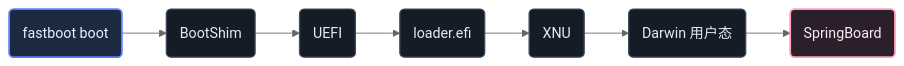
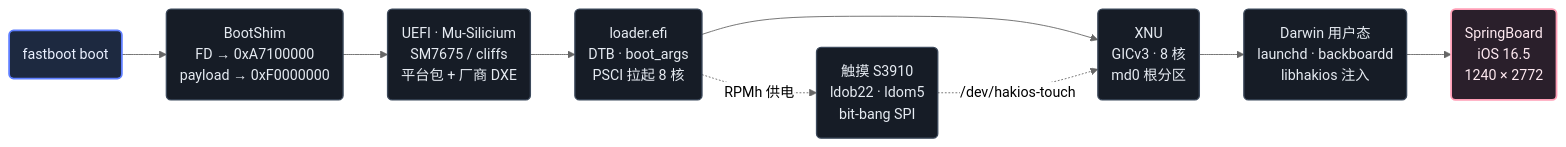
The diagram in src/posts/hakios/ace-3v.md (h465855hgg/h465855hgg.github.io), drawn with Mermaid (neutral theme) before and after one commit. The commit also changed 1 other file, not shown here.

Commit message:
Restore full detail in the boot graph
Bring back the per-stage notes (FD addresses, GIC, md0, launchd) and the
touch power branch, and fit the whole graph into view on load.

````diff
--- a/src/posts/hakios/ace-3v.md
+++ b/src/posts/hakios/ace-3v.md
@@ -47,15 +47,17 @@
 ```mermaid
 flowchart LR
-  F("fastboot boot") --> B("BootShim")
-  B --> U("UEFI")
-  U --> L("loader.efi")
-  L --> X("XNU")
-  X --> D("Darwin 用户态")
-  D --> S("SpringBoard")
+  F("fastboot boot") --> B("BootShim<br/>FD → 0xA7100000<br/>payload → 0xF0000000")
+  B --> U("UEFI · Mu-Silicium<br/>SM7675 / cliffs<br/>平台包 + 厂商 DXE")
+  U --> L("loader.efi<br/>DTB · boot_args<br/>PSCI 拉起 8 核")
+  L --> X("XNU<br/>GICv3 · 8 核<br/>md0 根分区")
+  X --> D("Darwin 用户态<br/>launchd · backboardd<br/>libhakios 注入")
+  D --> S("SpringBoard<br/>iOS 16.5<br/>1240 × 2772")
+  L -.->|RPMh 供电| T("触摸 S3910<br/>ldob22 · ldom5<br/>bit-bang SPI")
+  T -.->|/dev/hakios-touch| X
   classDef cmd fill:#1d2940,stroke:#5e7eff,stroke-width:2px,color:#eaf0ff
   classDef hot fill:#2a1f2b,stroke:#ff9eb6,stroke-width:2px,color:#ffeaf1
   classDef plain fill:#161c26,stroke:#3d4a5c,stroke-width:1.5px,color:#e6ebf2
   class F cmd
   class S hot
-  class B,U,L,X,D plain
+  class B,U,L,X,D,T plain
 ```
````
